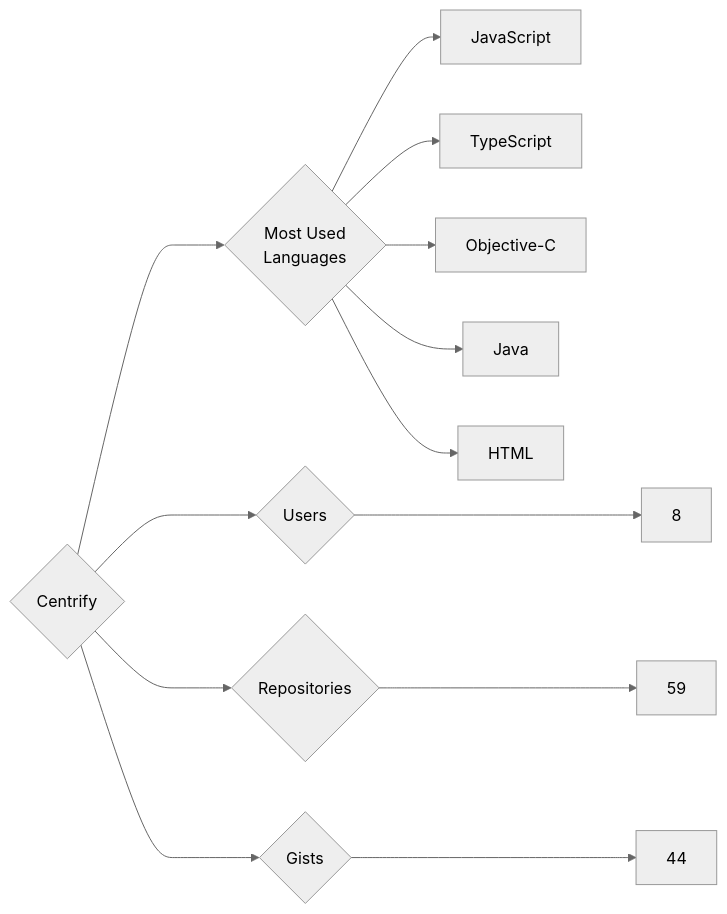
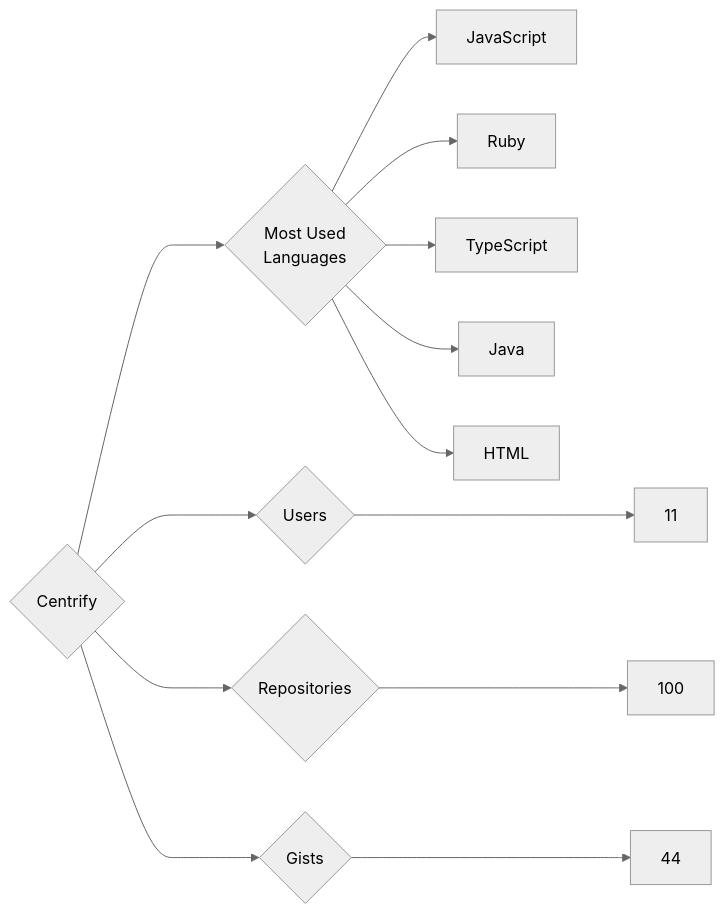
One commit to trickest/insiders changed the diagram in targets/Centrify/README.md. Above: the diagram before and after it, drawn with Mermaid (neutral theme). The commit also changed 1123 other files, not shown here.

````diff
--- a/targets/Centrify/README.md
+++ b/targets/Centrify/README.md
@@ -3,13 +3,13 @@
 ```mermaid
 graph LR
 COMPANY_NAME{Centrify}
-COMPANY_NAME ---> U{Users} ---> UN[8]
-COMPANY_NAME ---> R{Repositories} ---> RN[59]
+COMPANY_NAME ---> U{Users} ---> UN[11]
+COMPANY_NAME ---> R{Repositories} ---> RN[100]
 COMPANY_NAME ---> G{Gists} ---> GN[44]
 COMPANY_NAME ---> ML{Most Used<br>Languages}
 ML --> JavaScript[JavaScript]
+ML --> Ruby[Ruby]
 ML --> TypeScript[TypeScript]
-ML --> Objective-C[Objective-C]
 ML --> Java[Java]
 ML --> HTML[HTML]
 ```
````
